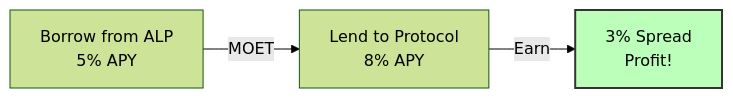
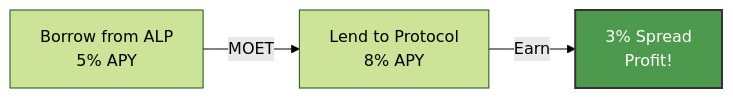
One commit to onflow/docs changed the eighth of 11 diagrams in docs/defi/alp/moet-role.md. Above: the diagram before and after it, drawn with Mermaid (forest theme). The commit also changed other lines of this file and 12 other files, not shown here.

````diff
--- a/docs/defi/alp/moet-role.md
+++ b/docs/defi/alp/moet-role.md
@@ -197,7 +195,7 @@
 ```mermaid
 graph LR
     ALP[Borrow from ALP<br/>5% APY] -->|MOET| Protocol[Lend to Protocol<br/>8% APY]
     Protocol -->|Earn| Spread[3% Spread<br/>Profit!]
 
-    style Spread fill:#bfb,stroke:#333,stroke-width:2px
+    style Spread fill:#4d994d,stroke:#333,stroke-width:2px,color:#fff
 ```
````
